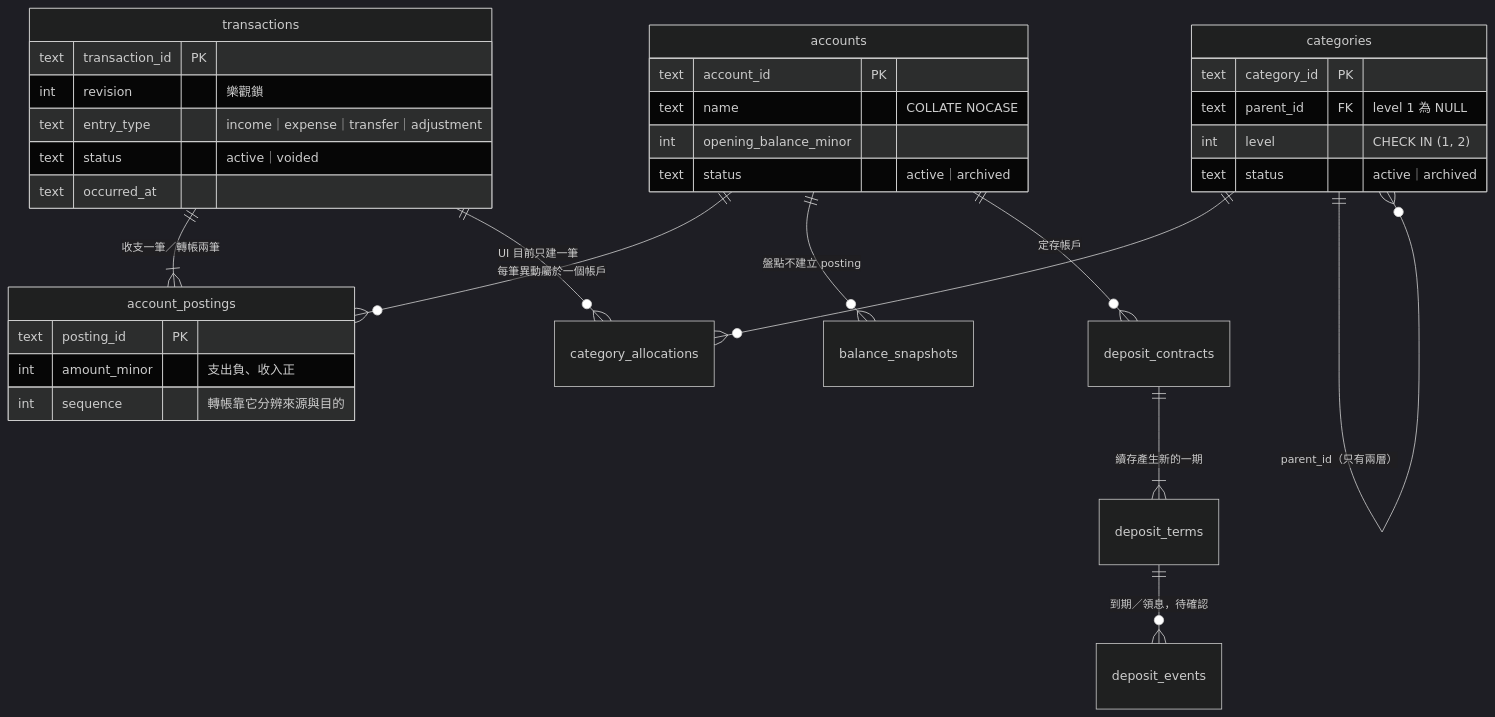
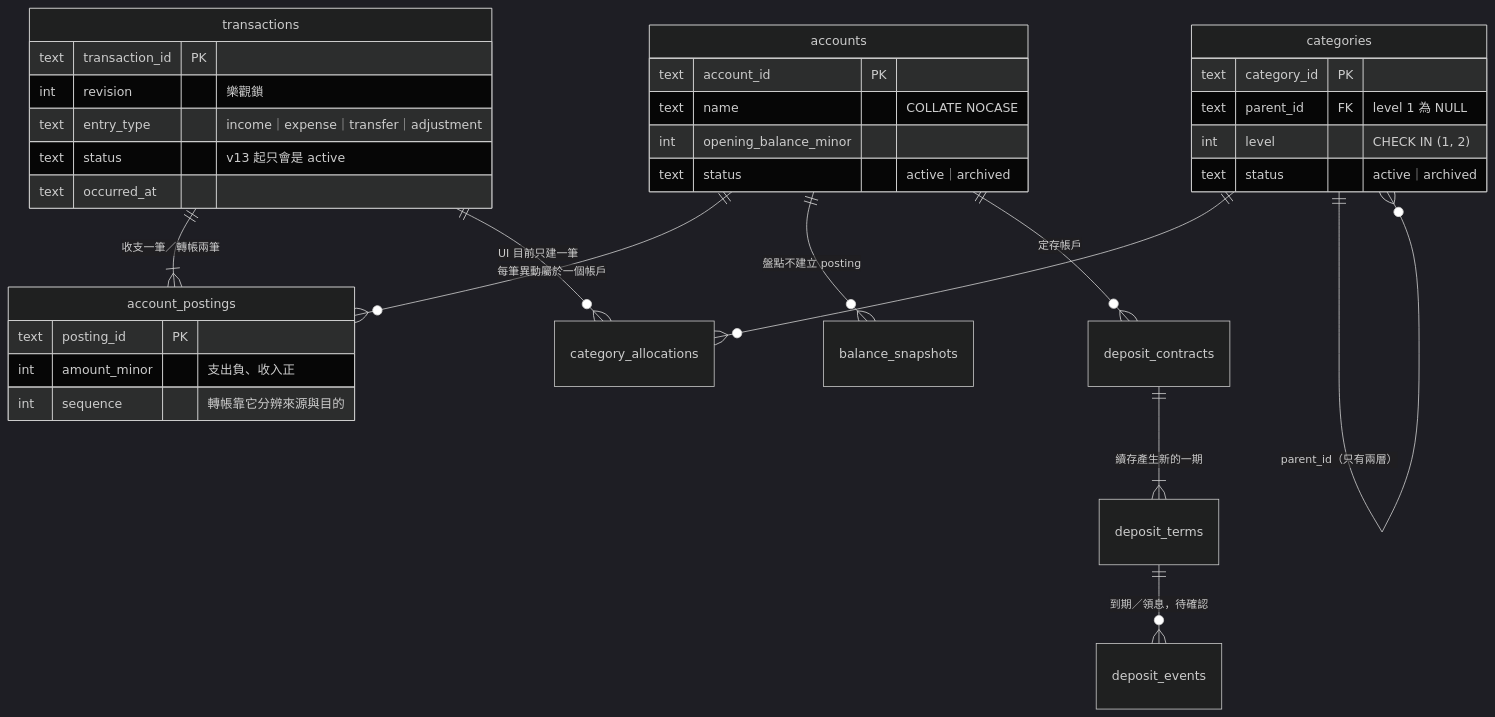
The diagram in docs/architecture/data-model.md (SpringRain555/tagcor-ledger), drawn with Mermaid (dark theme) before and after one commit. The commit also changed other lines of this file and 35 other files, not shown here.

First line of the commit message:
feat(transactions): 交易的刪除改成真的移除（ADR-0017，schema v13）

````diff
--- a/docs/architecture/data-model.md
+++ b/docs/architecture/data-model.md
@@ -30,37 +30,37 @@
 ```mermaid
 erDiagram
     accounts ||--o{ account_postings : "每筆異動屬於一個帳戶"
     transactions ||--|{ account_postings : "收支一筆／轉帳兩筆"
     transactions ||--o{ category_allocations : "UI 目前只建一筆"
     categories ||--o{ category_allocations : ""
     categories ||--o{ categories : "parent_id（只有兩層）"
     accounts ||--o{ balance_snapshots : "盤點不建立 posting"
     accounts ||--o{ deposit_contracts : "定存帳戶"
     deposit_contracts ||--|{ deposit_terms : "續存產生新的一期"
     deposit_terms ||--o{ deposit_events : "到期／領息，待確認"
 
     accounts {
         text account_id PK
         text name "COLLATE NOCASE"
         int opening_balance_minor
         text status "active｜archived"
     }
     categories {
         text category_id PK
         text parent_id FK "level 1 為 NULL"
         int level "CHECK IN (1, 2)"
         text status "active｜archived"
     }
     transactions {
         text transaction_id PK
         int revision "樂觀鎖"
         text entry_type "income｜expense｜transfer｜adjustment"
-        text status "active｜voided"
+        text status "v13 起只會是 active"
         text occurred_at
     }
     account_postings {
         text posting_id PK
         int amount_minor "支出負、收入正"
         int sequence "轉帳靠它分辨來源與目的"
     }
 ```
````
